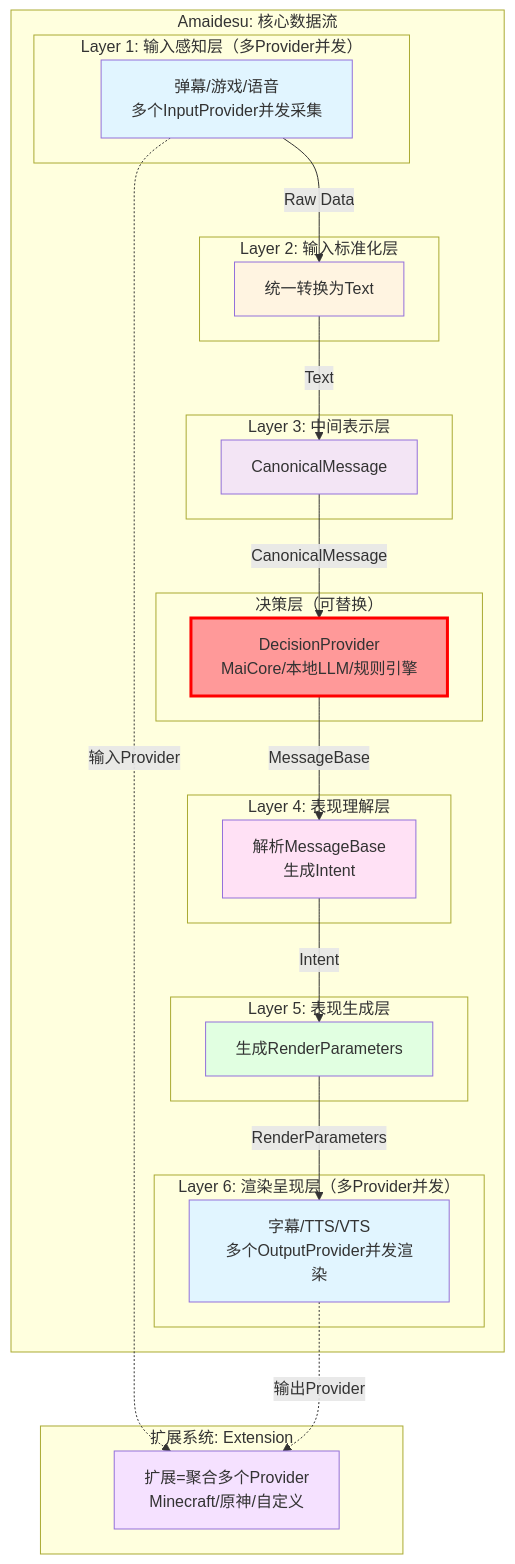
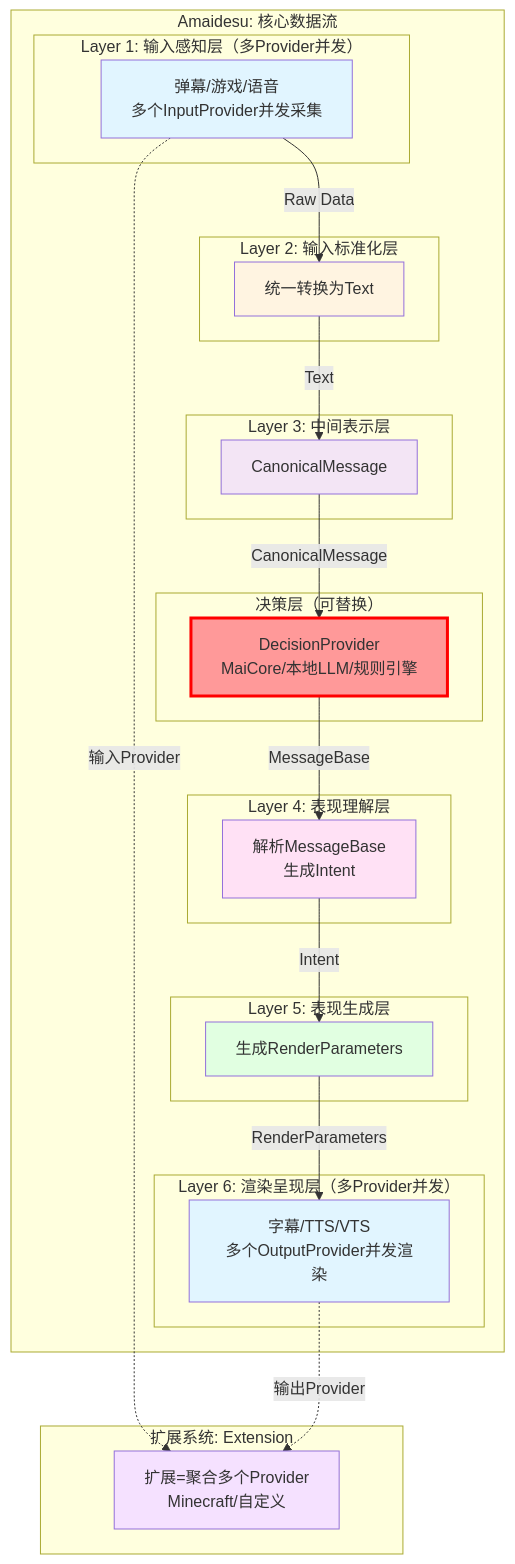
One commit to Mai-with-u/Amaidesu changed the diagram in refactor/README.md. Above: the diagram before and after it, drawn with Mermaid. The commit also changed other lines of this file and 18 other files, not shown here.

````diff
--- a/refactor/README.md
+++ b/refactor/README.md
@@ -133,55 +133,55 @@
 ```mermaid
 graph TB
     subgraph "Amaidesu: 核心数据流"
         subgraph "Layer 1: 输入感知层（多Provider并发）"
             Perception[弹幕/游戏/语音<br/>多个InputProvider并发采集]
         end
 
         subgraph "Layer 2: 输入标准化层"
             Normalization[统一转换为Text]
         end
 
         subgraph "Layer 3: 中间表示层"
             Canonical[CanonicalMessage]
         end
 
         subgraph "决策层（可替换）"
             DecisionLayer[DecisionProvider<br/>MaiCore/本地LLM/规则引擎]
         end
 
         subgraph "Layer 4: 表现理解层"
             Understanding[解析MessageBase<br/>生成Intent]
         end
 
         subgraph "Layer 5: 表现生成层"
             Expression[生成RenderParameters]
         end
 
         subgraph "Layer 6: 渲染呈现层（多Provider并发）"
             Rendering[字幕/TTS/VTS<br/>多个OutputProvider并发渲染]
         end
     end
 
     subgraph "扩展系统: Extension"
-        Extensions[扩展=聚合多个Provider<br/>Minecraft/原神/自定义]
+        Extensions[扩展=聚合多个Provider<br/>Minecraft/自定义]
     end
 
     Perception -->|"Raw Data"| Normalization
     Normalization -->|"Text"| Canonical
     Canonical -->|"CanonicalMessage"| DecisionLayer
     DecisionLayer -->|"MessageBase"| Understanding
     Understanding -->|"Intent"| Expression
     Expression -->|"RenderParameters"| Rendering
 
     Perception -.输入Provider.-> Extensions
     Rendering -.输出Provider.-> Extensions
 
     style Perception fill:#e1f5ff
     style Normalization fill:#fff4e1
     style Canonical fill:#f3e5f5
     style DecisionLayer fill:#ff9999,stroke:#ff0000,stroke-width:3px
     style Understanding fill:#ffe1f5
     style Expression fill:#e1ffe1
     style Rendering fill:#e1f5ff
     style Extensions fill:#f5e1ff
 ```
````
